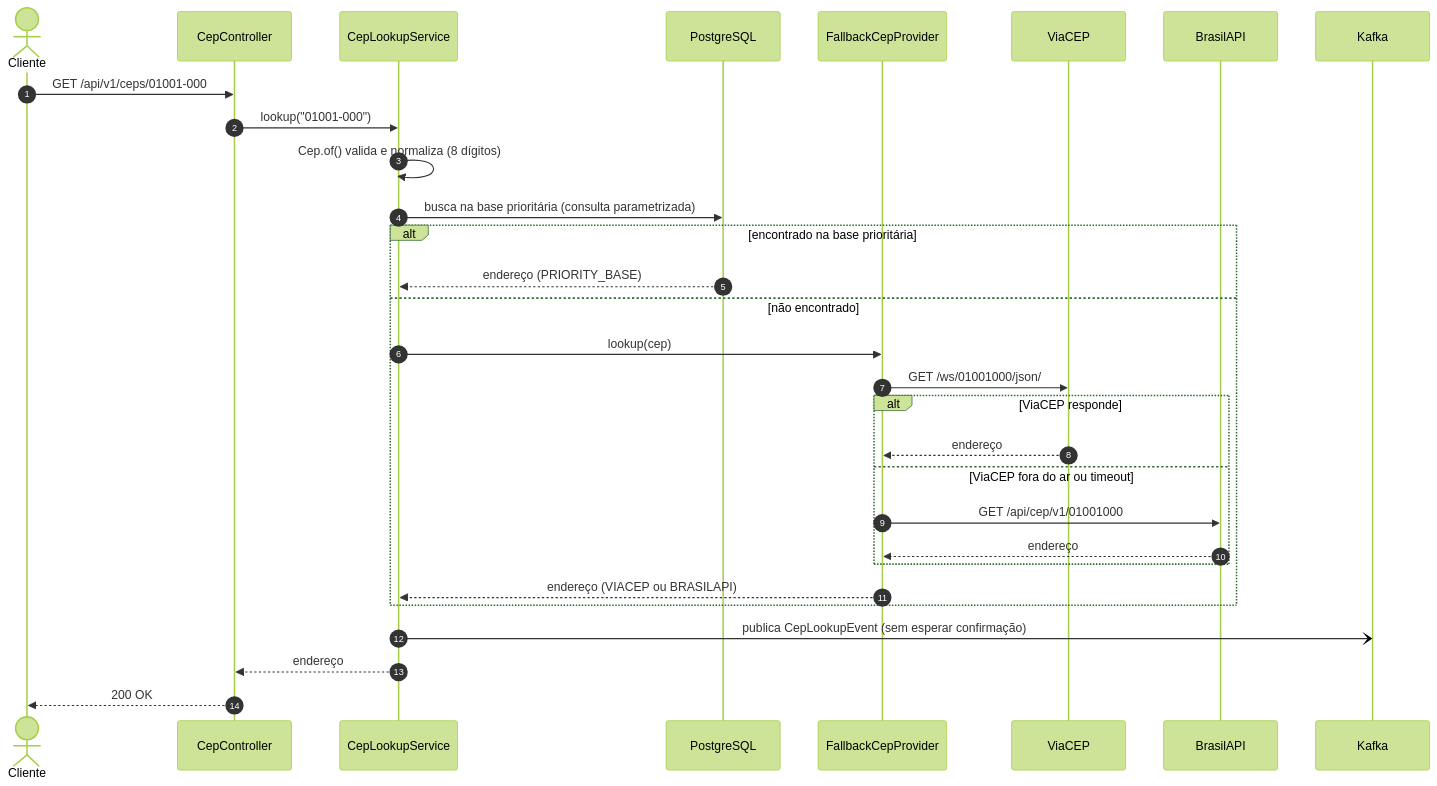
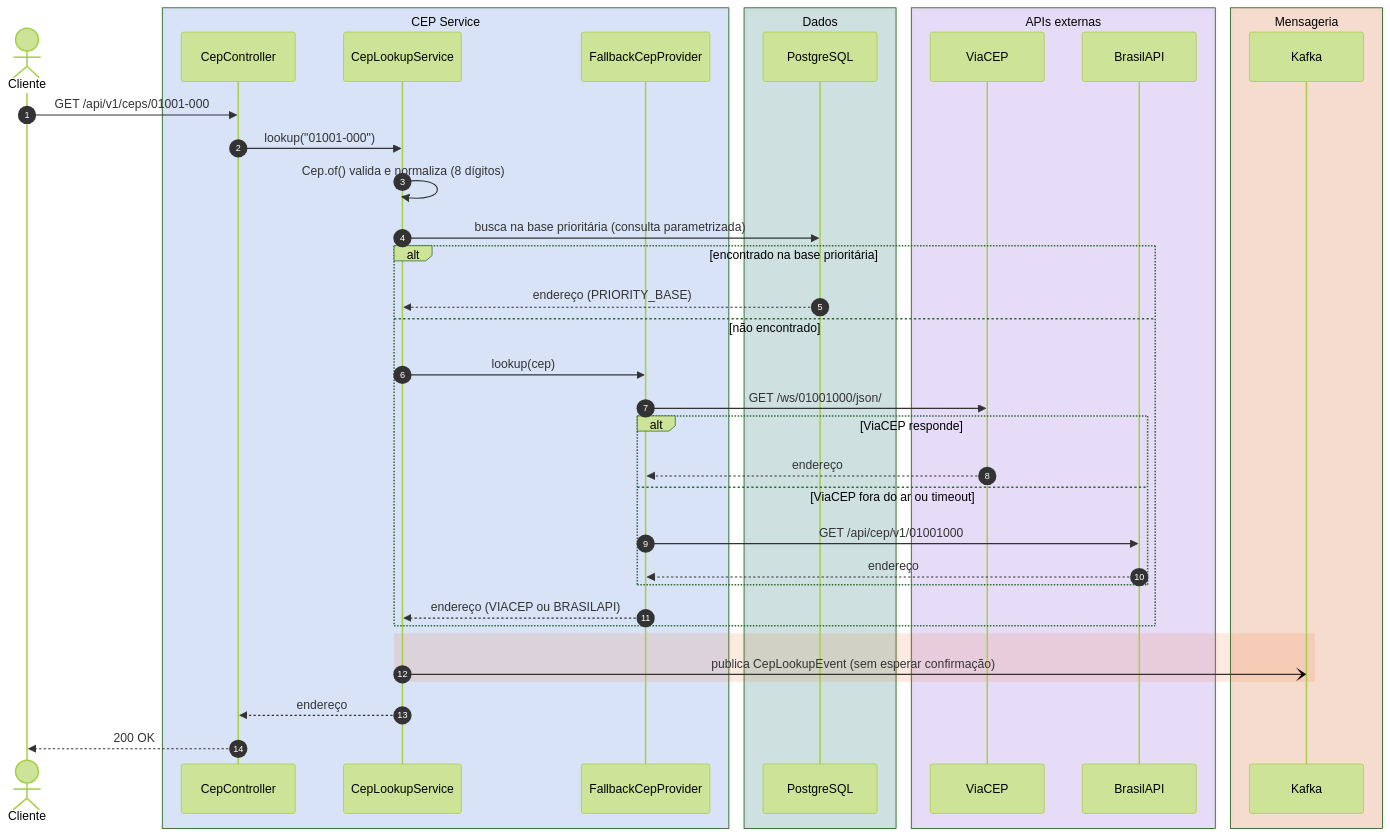
The third of 5 diagrams in docs/arquitetura.md (thales-mro/cep-service), drawn with Mermaid (forest theme) before and after one commit. The commit also changed other lines of this file and 1 other file, not shown here.

First line of the commit message:
Colore os diagramas e usa símbolo de fila para o Kafka

````diff
--- a/docs/arquitetura.md
+++ b/docs/arquitetura.md
@@ -85,33 +138,43 @@
 ```mermaid
 sequenceDiagram
     autonumber
     actor C as Cliente
-    participant API as CepController
-    participant S as CepLookupService
-    participant DB as PostgreSQL
-    participant P as FallbackCepProvider
-    participant V as ViaCEP
-    participant B as BrasilAPI
-    participant K as Kafka
+    box rgba(37, 99, 235, 0.15) CEP Service
+        participant API as CepController
+        participant S as CepLookupService
+        participant P as FallbackCepProvider
+    end
+    box rgba(15, 118, 110, 0.18) Dados
+        participant DB as PostgreSQL
+    end
+    box rgba(124, 58, 237, 0.15) APIs externas
+        participant V as ViaCEP
+        participant B as BrasilAPI
+    end
+    box rgba(234, 88, 12, 0.18) Mensageria
+        participant K as Kafka
+    end
 
     C->>API: GET /api/v1/ceps/01001-000
     API->>S: lookup("01001-000")
     S->>S: Cep.of() valida e normaliza (8 dígitos)
     S->>DB: busca na base prioritária (consulta parametrizada)
     alt encontrado na base prioritária
         DB-->>S: endereço (PRIORITY_BASE)
     else não encontrado
         S->>P: lookup(cep)
         P->>V: GET /ws/01001000/json/
         alt ViaCEP responde
             V-->>P: endereço
         else ViaCEP fora do ar ou timeout
             P->>B: GET /api/cep/v1/01001000
             B-->>P: endereço
         end
         P-->>S: endereço (VIACEP ou BRASILAPI)
     end
-    S-)K: publica CepLookupEvent (sem esperar confirmação)
+    rect rgba(234, 88, 12, 0.12)
+        S-)K: publica CepLookupEvent (sem esperar confirmação)
+    end
     S-->>API: endereço
     API-->>C: 200 OK
 ```
````
